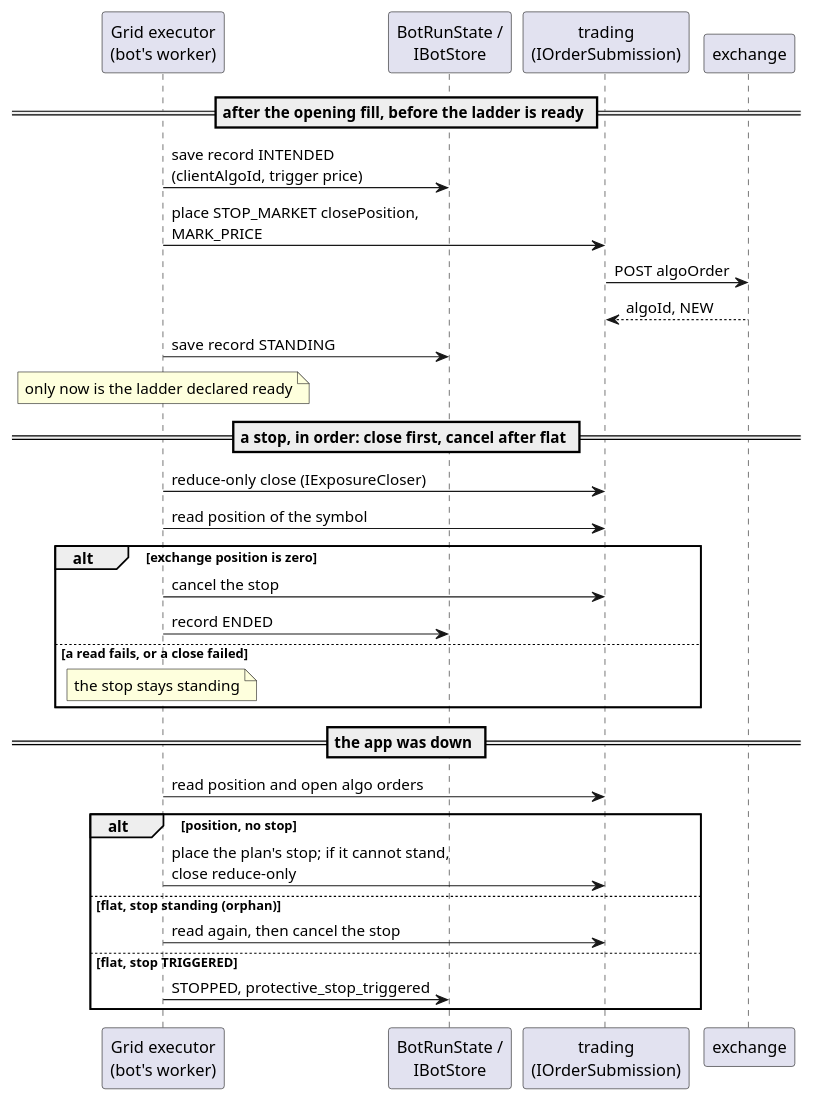
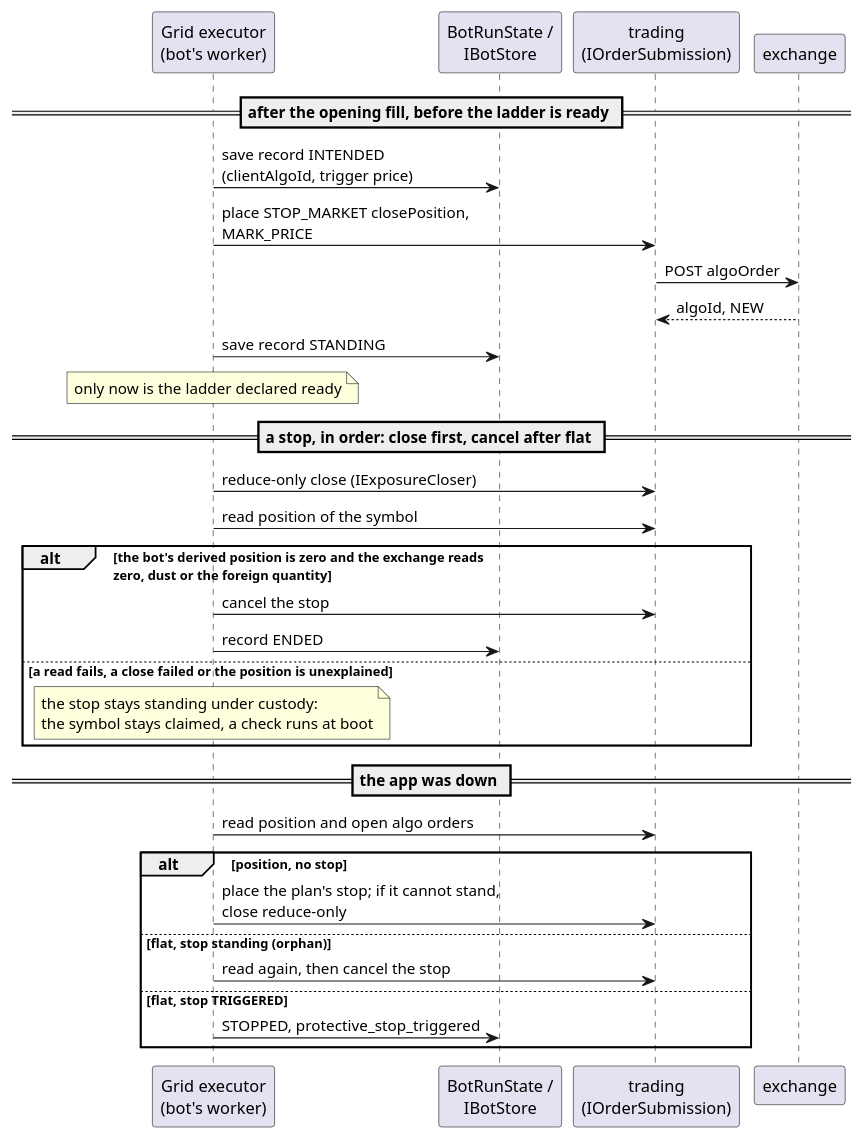
Before and after one commit to anhembedded/Sagittarius_Elite_Warrior: the diagram in Docs/MODULES/bots/diagrams/06-protective-stop.puml, drawn with PlantUML. The commit also changed 4 other files, not shown here.

```diff
--- a/Docs/MODULES/bots/diagrams/06-protective-stop.puml
+++ b/Docs/MODULES/bots/diagrams/06-protective-stop.puml
@@ -3,34 +3,34 @@
 @startuml 06-protective-stop
 participant "Grid executor\n(bot's worker)" as G
 participant "BotRunState /\nIBotStore" as S
 participant "trading\n(IOrderSubmission)" as T
 participant "exchange" as X
 
 == after the opening fill, before the ladder is ready ==
 G -> S : save record INTENDED\n(clientAlgoId, trigger price)
 G -> T : place STOP_MARKET closePosition,\nMARK_PRICE
 T -> X : POST algoOrder
 X --> T : algoId, NEW
 G -> S : save record STANDING
 note over G : only now is the ladder declared ready
 
 == a stop, in order: close first, cancel after flat ==
 G -> T : reduce-only close (IExposureCloser)
 G -> T : read position of the symbol
-alt exchange position is zero
+alt the bot's derived position is zero and the exchange reads\nzero, dust or the foreign quantity
   G -> T : cancel the stop
   G -> S : record ENDED
-else a read fails, or a close failed
-  note over G : the stop stays standing
+else a read fails, a close failed or the position is unexplained
+  note over G : the stop stays standing under custody:\nthe symbol stays claimed, a check runs at boot
 end
 
 == the app was down ==
 G -> T : read position and open algo orders
 alt position, no stop
   G -> T : place the plan's stop; if it cannot stand,\nclose reduce-only
 else flat, stop standing (orphan)
   G -> T : read again, then cancel the stop
 else flat, stop TRIGGERED
   G -> S : STOPPED, protective_stop_triggered
 end
 @enduml
```
